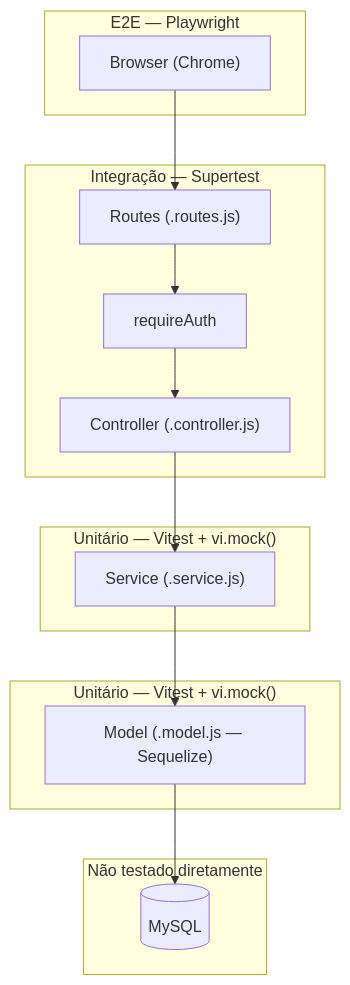
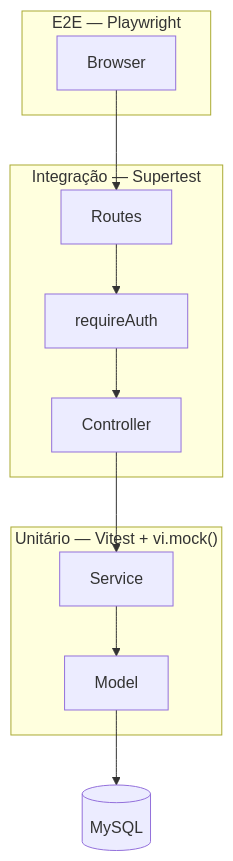
The second of 2 diagrams in RELATORIO_N3.md (amandhakae/CodeLab), drawn with Mermaid before and after one commit. The commit also changed other lines of this file, not shown here.

````diff
--- a/RELATORIO_N3.md
+++ b/RELATORIO_N3.md
@@ -172,31 +137,15 @@
 ```mermaid
 graph TD
     subgraph E2E["E2E — Playwright"]
-        Browser["Browser (Chrome)"]
+        Browser["Browser"]
     end
-
     subgraph HTTP["Integração — Supertest"]
-        Routes["Routes (.routes.js)"]
-        Controller["Controller (.controller.js)"]
-        Middleware["requireAuth"]
+        Routes["Routes"] --> Middleware["requireAuth"] --> Controller["Controller"]
     end
-
-    subgraph Business["Unitário — Vitest + vi.mock()"]
-        Service["Service (.service.js)"]
+    subgraph Unit["Unitário — Vitest + vi.mock()"]
+        Service["Service"] --> Model["Model"]
     end
-
-    subgraph Data["Unitário — Vitest + vi.mock()"]
-        Model["Model (.model.js — Sequelize)"]
-    end
-
-    subgraph Infra["Não testado diretamente"]
-        MySQL[("MySQL")]
-    end
-
     Browser --> Routes
-    Routes --> Middleware
-    Middleware --> Controller
     Controller --> Service
-    Service --> Model
-    Model --> MySQL
+    Model --> MySQL[("MySQL")]
 ```
````
